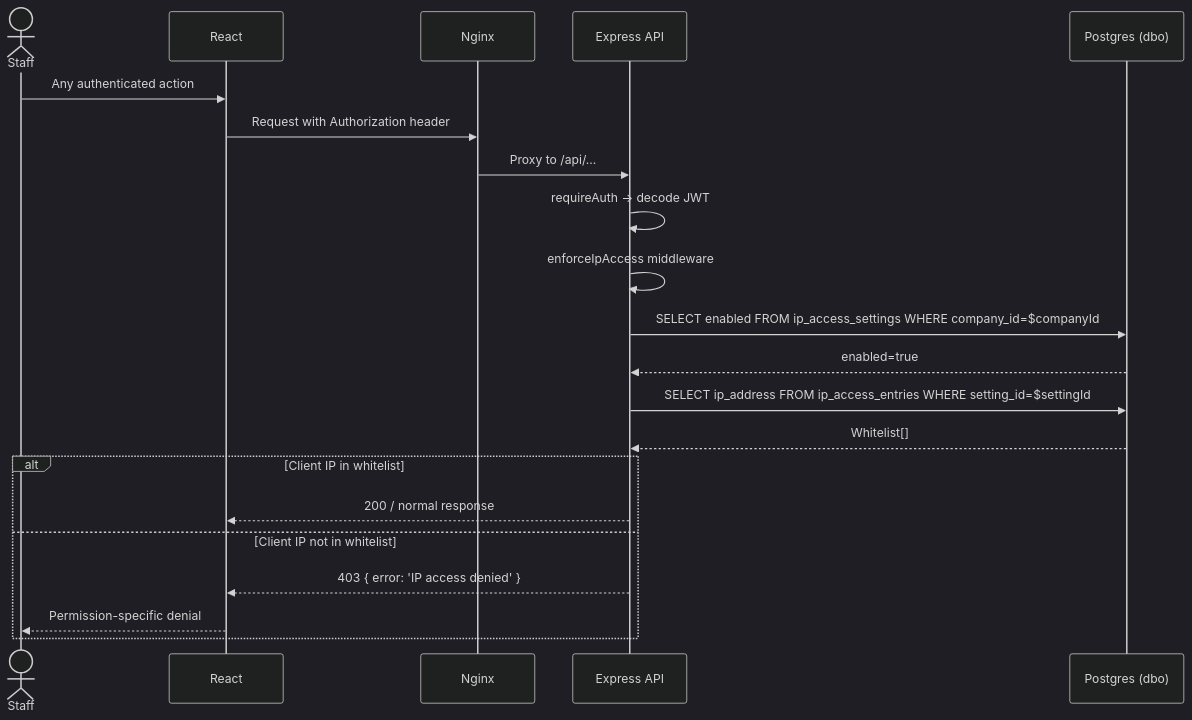
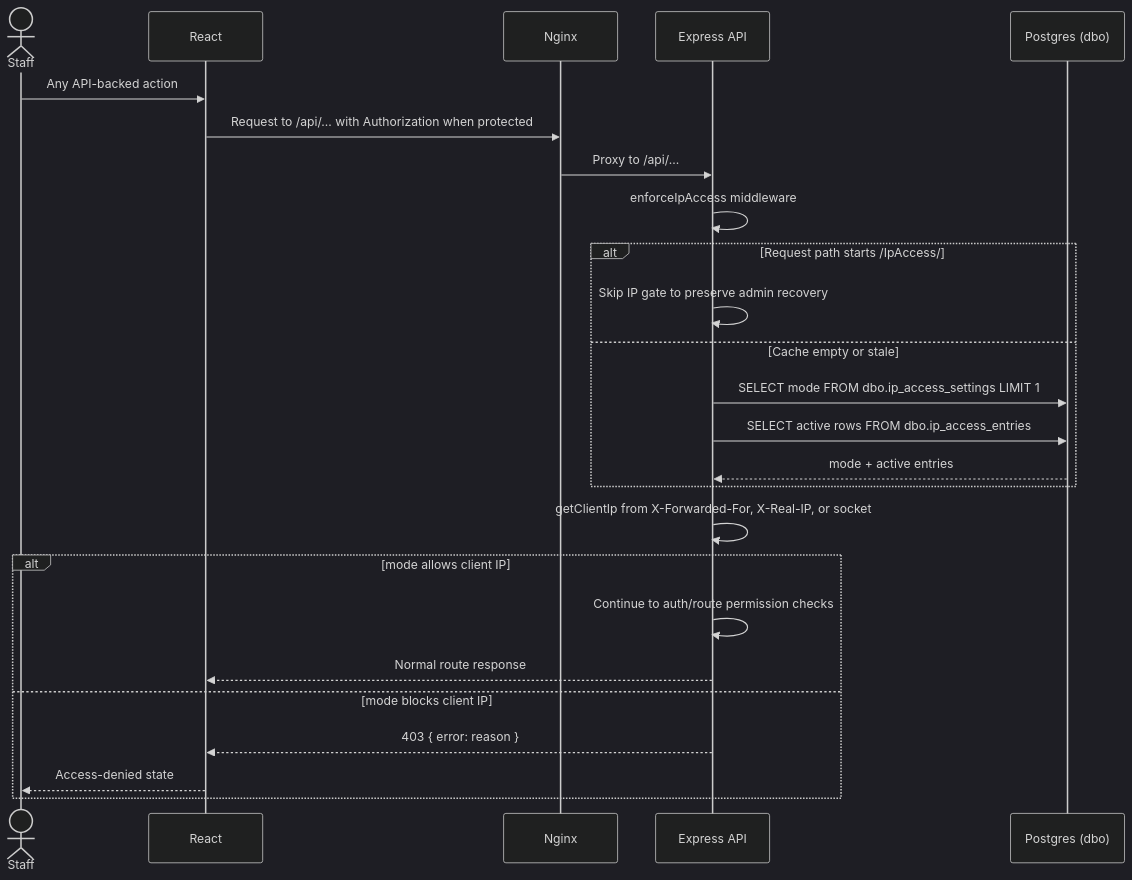
Before and after one commit to niiiusburo/Tgroup: the sixth of 14 diagrams in docs/WORKFLOWS.md, drawn with Mermaid (dark theme). The commit also changed other lines of this file and 45 other files, not shown here.

````diff
--- a/docs/WORKFLOWS.md
+++ b/docs/WORKFLOWS.md
@@ -224,24 +244,28 @@
 ```mermaid
 sequenceDiagram
     actor U as Staff
     participant FE as React
     participant Nginx as Nginx
     participant API as Express API
     participant DB as Postgres (dbo)
-    
-    U->>FE: Any authenticated action
-    FE->>Nginx: Request with Authorization header
+
+    U->>FE: Any API-backed action
+    FE->>Nginx: Request to /api/... with Authorization when protected
     Nginx->>API: Proxy to /api/...
-    API->>API: requireAuth → decode JWT
     API->>API: enforceIpAccess middleware
-    API->>DB: SELECT enabled FROM ip_access_settings WHERE company_id=$companyId
-    DB-->>API: enabled=true
-    API->>DB: SELECT ip_address FROM ip_access_entries WHERE setting_id=$settingId
-    DB-->>API: Whitelist[]
-    alt Client IP in whitelist
-        API-->>FE: 200 / normal response
-    else Client IP not in whitelist
-        API-->>FE: 403 { error: 'IP access denied' }
-        FE-->>U: Permission-specific denial
+    alt Request path starts /IpAccess/
+        API->>API: Skip IP gate to preserve admin recovery
+    else Cache empty or stale
+        API->>DB: SELECT mode FROM dbo.ip_access_settings LIMIT 1
+        API->>DB: SELECT active rows FROM dbo.ip_access_entries
+        DB-->>API: mode + active entries
+    end
+    API->>API: getClientIp from X-Forwarded-For, X-Real-IP, or socket
+    alt mode allows client IP
+        API->>API: Continue to auth/route permission checks
+        API-->>FE: Normal route response
+    else mode blocks client IP
+        API-->>FE: 403 { error: reason }
+        FE-->>U: Access-denied state
     end
 ```
````
